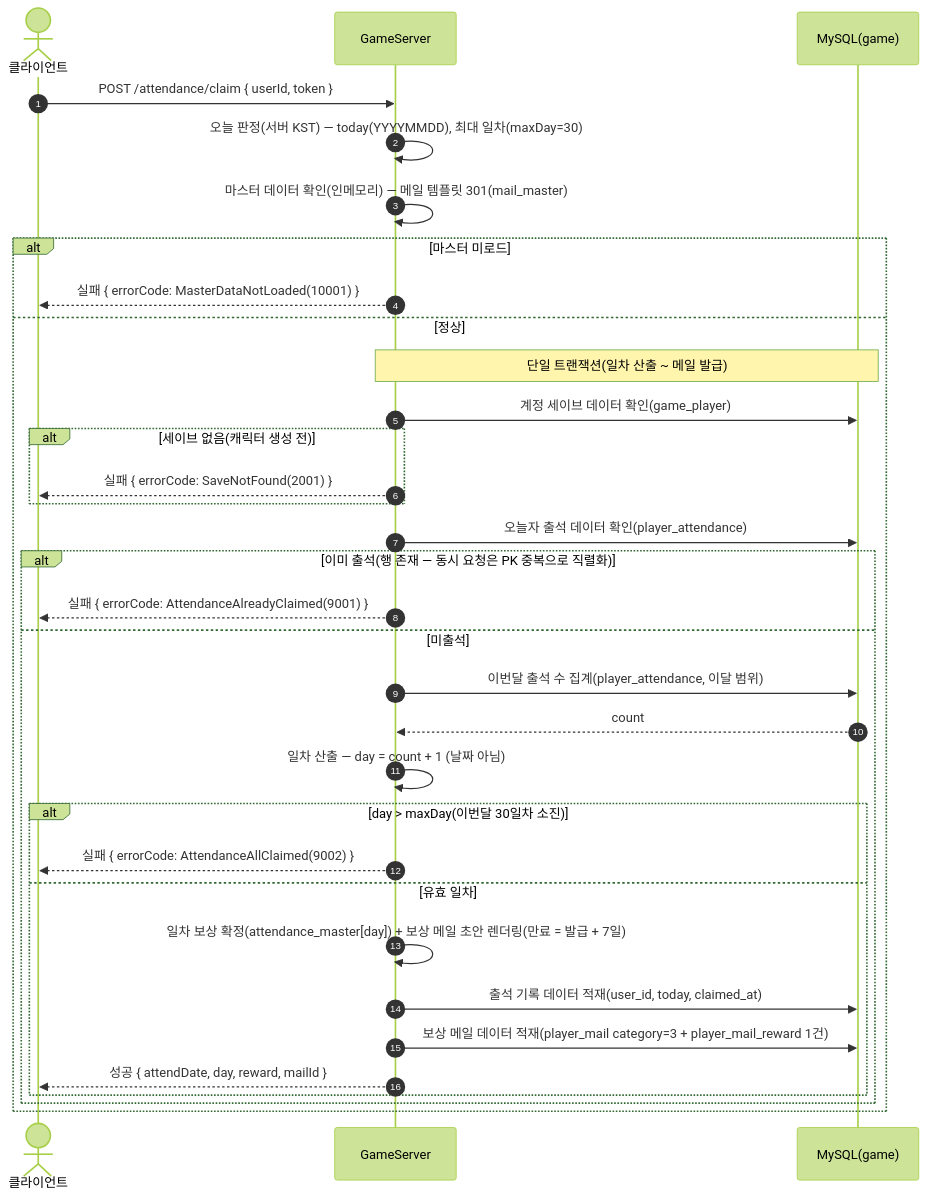
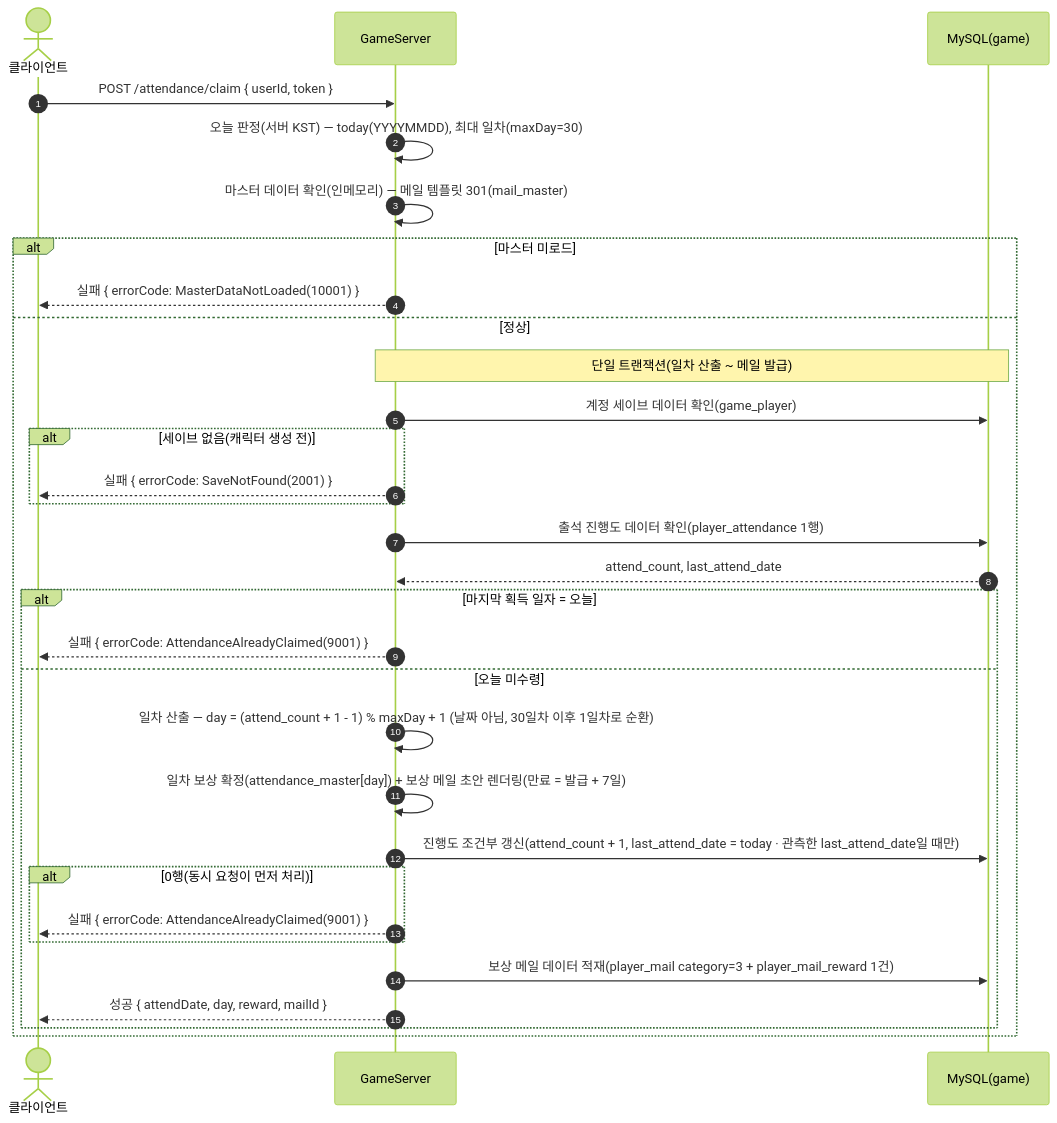
Before and after one commit to ks-wook/com2us-taskbar-hero: diagram 30 of 31 in SequenceDiagram/README.md, drawn with Mermaid (forest theme). The commit also changed other lines of this file and 17 other files, not shown here.

````diff
--- a/SequenceDiagram/README.md
+++ b/SequenceDiagram/README.md
@@ -903,36 +903,34 @@
 ```mermaid
 sequenceDiagram
     autonumber
     actor C as 클라이언트
     participant S as GameServer
     participant DB as MySQL(game)
 
     C->>S: POST /attendance/claim { userId, token }
     S->>S: 오늘 판정(서버 KST) — today(YYYYMMDD), 최대 일차(maxDay=30)
     S->>S: 마스터 데이터 확인(인메모리) — 메일 템플릿 301(mail_master)
     alt 마스터 미로드
         S-->>C: 실패 { errorCode: MasterDataNotLoaded(10001) }
     else 정상
         Note over S,DB: 단일 트랜잭션(일차 산출 ~ 메일 발급)
         S->>DB: 계정 세이브 데이터 확인(game_player)
         alt 세이브 없음(캐릭터 생성 전)
             S-->>C: 실패 { errorCode: SaveNotFound(2001) }
         end
-        S->>DB: 오늘자 출석 데이터 확인(player_attendance)
-        alt 이미 출석(행 존재 — 동시 요청은 PK 중복으로 직렬화)
+        S->>DB: 출석 진행도 데이터 확인(player_attendance 1행)
+        DB-->>S: attend_count, last_attend_date
+        alt 마지막 획득 일자 = 오늘
             S-->>C: 실패 { errorCode: AttendanceAlreadyClaimed(9001) }
-        else 미출석
-            S->>DB: 이번달 출석 수 집계(player_attendance, 이달 범위)
-            DB-->>S: count
-            S->>S: 일차 산출 — day = count + 1 (날짜 아님)
-            alt day > maxDay(이번달 30일차 소진)
-                S-->>C: 실패 { errorCode: AttendanceAllClaimed(9002) }
-            else 유효 일차
-                S->>S: 일차 보상 확정(attendance_master[day]) + 보상 메일 초안 렌더링(만료 = 발급 + 7일)
-                S->>DB: 출석 기록 데이터 적재(user_id, today, claimed_at)
-                S->>DB: 보상 메일 데이터 적재(player_mail category=3 + player_mail_reward 1건)
-                S-->>C: 성공 { attendDate, day, reward, mailId }
+        else 오늘 미수령
+            S->>S: 일차 산출 — day = (attend_count + 1 - 1) % maxDay + 1 (날짜 아님, 30일차 이후 1일차로 순환)
+            S->>S: 일차 보상 확정(attendance_master[day]) + 보상 메일 초안 렌더링(만료 = 발급 + 7일)
+            S->>DB: 진행도 조건부 갱신(attend_count + 1, last_attend_date = today · 관측한 last_attend_date일 때만)
+            alt 0행(동시 요청이 먼저 처리)
+                S-->>C: 실패 { errorCode: AttendanceAlreadyClaimed(9001) }
             end
+            S->>DB: 보상 메일 데이터 적재(player_mail category=3 + player_mail_reward 1건)
+            S-->>C: 성공 { attendDate, day, reward, mailId }
         end
     end
 ```
````
